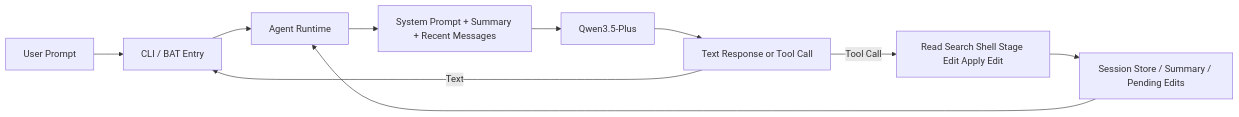
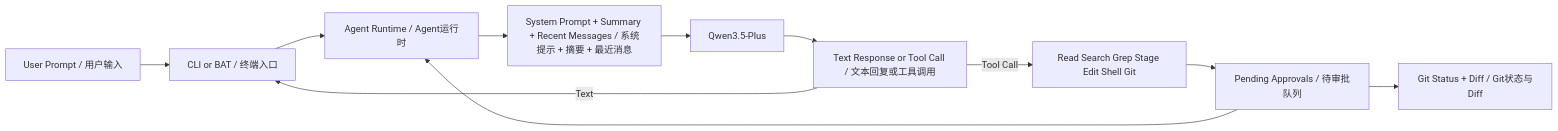
Before and after one commit to CHEN2003-CHIP/pp-Echo: the diagram in README.md, drawn with Mermaid. The commit also changed other lines of this file and 3 other files, not shown here.

````diff
--- a/README.md
+++ b/README.md
@@ -13,12 +15,13 @@
 ```mermaid
 flowchart LR
-  U["User Prompt"] --> CLI["CLI / BAT Entry"]
-  CLI --> RT["Agent Runtime"]
-  RT --> CTX["System Prompt + Summary + Recent Messages"]
+  U["User Prompt / 用户输入"] --> CLI["CLI or BAT / 终端入口"]
+  CLI --> RT["Agent Runtime / Agent运行时"]
+  RT --> CTX["System Prompt + Summary + Recent Messages / 系统提示 + 摘要 + 最近消息"]
   CTX --> LLM["Qwen3.5-Plus"]
-  LLM --> DECIDE["Text Response or Tool Call"]
+  LLM --> DECIDE["Text Response or Tool Call / 文本回复或工具调用"]
   DECIDE -->|"Text"| CLI
-  DECIDE -->|"Tool Call"| TOOLS["Read Search Shell Stage Edit Apply Edit"]
-  TOOLS --> SESS["Session Store / Summary / Pending Edits"]
-  SESS --> RT
+  DECIDE -->|"Tool Call"| TOOLS["Read Search Grep Stage Edit Shell Git"]
+  TOOLS --> APPROVALS["Pending Approvals / 待审批队列"]
+  APPROVALS --> RT
+  APPROVALS --> REPO["Git Status + Diff / Git状态与Diff"]
 ```
````
